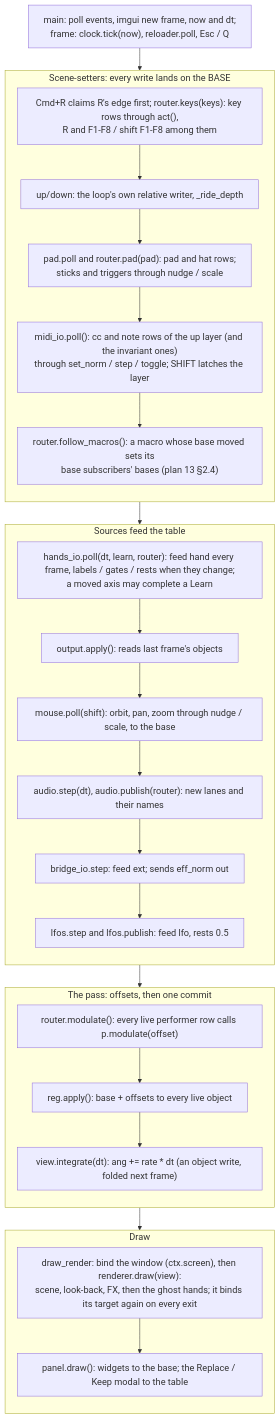
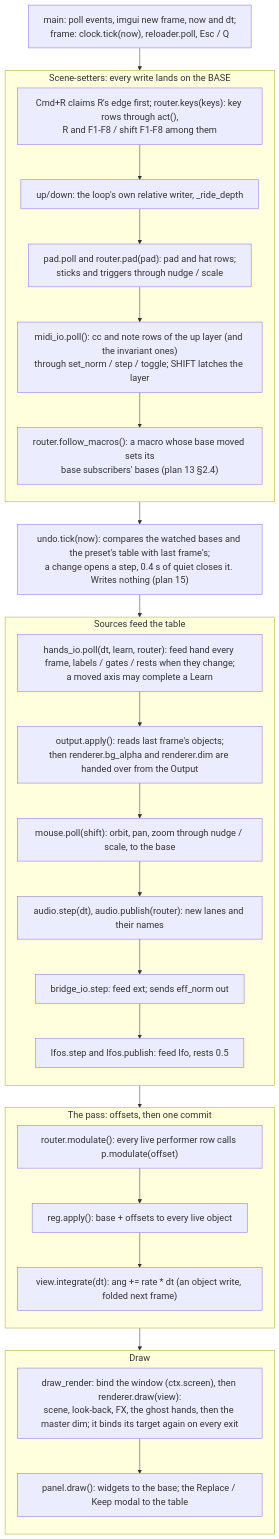
One commit to Cutaiar/hyperspace changed the diagram in hyperspace-python/docs/ARCHITECTURE.md. Above: the diagram before and after it, drawn with Mermaid. The commit also changed other lines of this file and 1 other file, not shown here.

First line of the commit message:
Plan 15 WP5: ARCHITECTURE and ENGINEERING for undo, home and the master dim

````diff
--- a/hyperspace-python/docs/ARCHITECTURE.md
+++ b/hyperspace-python/docs/ARCHITECTURE.md
@@ -70,41 +74,43 @@
 ```mermaid
 %%{init: {"themeVariables": {"fontSize": "18px"}, "flowchart": {"nodeSpacing": 28, "rankSpacing": 44, "wrappingWidth": 420}}}%%
 flowchart TB
     S0["main: poll events, imgui new frame, now and dt;<br/>frame: clock.tick(now), reloader.poll, Esc / Q"]
     subgraph setters ["Scene-setters: every write lands on the BASE"]
         direction TB
         S1["Cmd+R claims R's edge first; router.keys(keys): key rows through act(),<br/>R and F1-F8 / shift F1-F8 among them"]
         S2["up/down: the loop's own relative writer, _ride_depth"]
         S3["pad.poll and router.pad(pad): pad and hat rows;<br/>sticks and triggers through nudge / scale"]
         S4["midi_io.poll(): cc and note rows of the up layer (and the invariant ones)<br/>through set_norm / step / toggle; SHIFT latches the layer"]
         S4b["router.follow_macros(): a macro whose base moved sets its<br/>base subscribers' bases (plan 13 §2.4)"]
         S1 --> S2 --> S3 --> S4 --> S4b
     end
+    U["undo.tick(now): compares the watched bases and the preset's table with last frame's;<br/>a change opens a step, 0.4 s of quiet closes it. Writes nothing (plan 15)"]
     subgraph feeds ["Sources feed the table"]
         direction TB
         S5["hands_io.poll(dt, learn, router): feed hand every frame, labels / gates / rests when they change;<br/>a moved axis may complete a Learn"]
-        S6["output.apply(): reads last frame's objects"]
+        S6["output.apply(): reads last frame's objects;<br/>then renderer.bg_alpha and renderer.dim are handed over from the Output"]
         S7["mouse.poll(shift): orbit, pan, zoom through nudge / scale, to the base"]
         S8["audio.step(dt), audio.publish(router): new lanes and their names"]
         S9["bridge_io.step: feed ext; sends eff_norm out"]
         S10["lfos.step and lfos.publish: feed lfo, rests 0.5"]
         S5 --> S6 --> S7 --> S8 --> S9 --> S10
     end
     subgraph pass ["The pass: offsets, then one commit"]
         direction TB
         S11["router.modulate(): every live performer row calls p.modulate(offset)"]
         S12["reg.apply(): base + offsets to every live object"]
         S13["view.integrate(dt): ang += rate * dt (an object write, folded next frame)"]
         S11 --> S12 --> S13
     end
     subgraph draw ["Draw"]
         direction TB
-        S14["draw_render: bind the window (ctx.screen), then renderer.draw(view):<br/>scene, look-back, FX, then the ghost hands; it binds its target again on every exit"]
+        S14["draw_render: bind the window (ctx.screen), then renderer.draw(view):<br/>scene, look-back, FX, the ghost hands, then the master dim; it binds its target again on every exit"]
         S15["panel.draw(): widgets to the base; the Replace / Keep modal to the table"]
         S14 --> S15
     end
     S0 --> S1
-    S4b --> S5
+    S4b --> U
+    U --> S5
     S10 --> S11
     S13 --> S14
 ```
````
